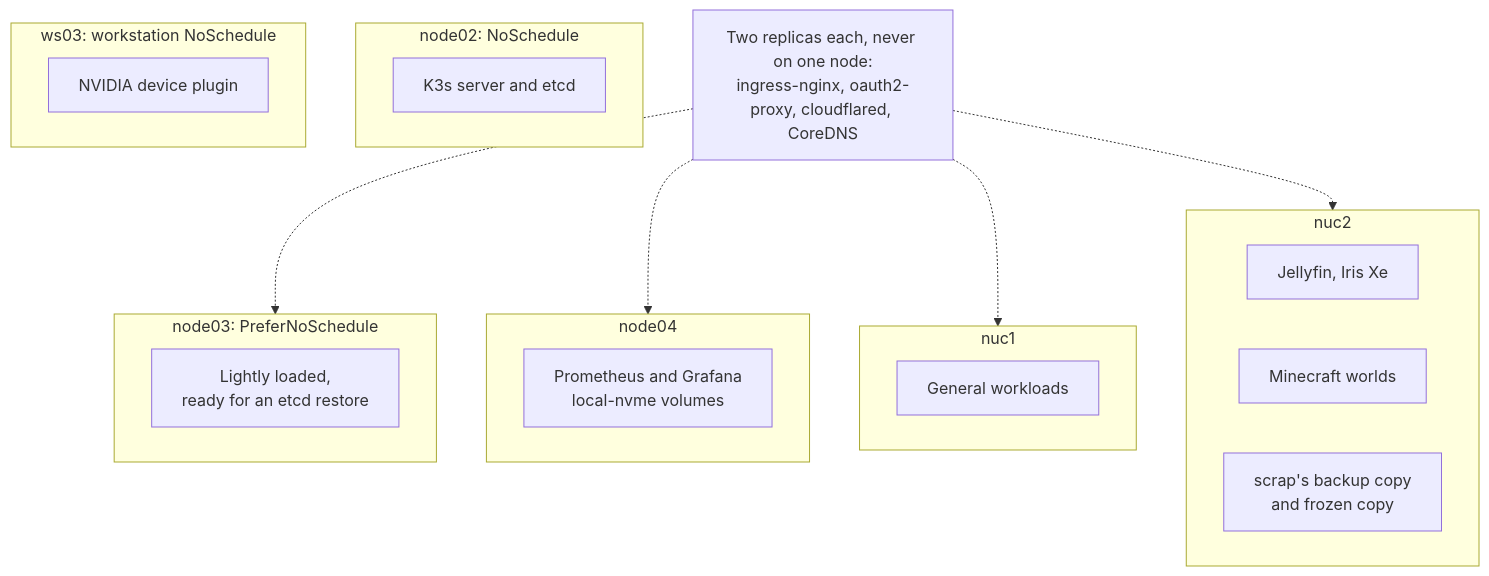
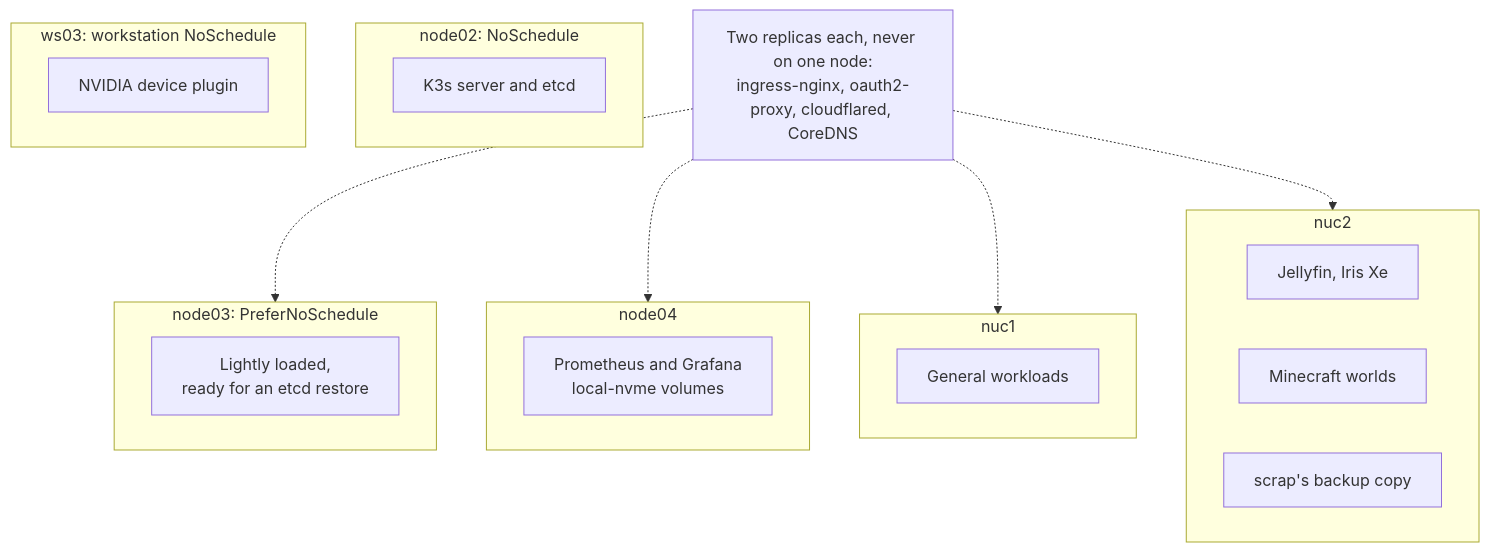
Before and after one commit to gilesknap/tpi-k3s-ansible: the second of 2 diagrams in docs/explanations/architecture/hardware.md, drawn with Mermaid. The commit also changed other lines of this file and 24 other files, not shown here.

First line of the commit message:
Retire scrap's frozen pre-Litestream copy

````diff
--- a/docs/explanations/architecture/hardware.md
+++ b/docs/explanations/architecture/hardware.md
@@ -144,26 +144,26 @@
 ```mermaid
 flowchart TB
     subgraph CP["node02: NoSchedule"]
         ETCD["K3s server and etcd"]
     end
     subgraph SB["node03: PreferNoSchedule"]
         SPARE["Lightly loaded,<br/>ready for an etcd restore"]
     end
     subgraph W4["node04"]
         MON["Prometheus and Grafana<br/>local-nvme volumes"]
     end
     subgraph W1["nuc1"]
         FREE["General workloads"]
     end
     subgraph W2["nuc2"]
         JF["Jellyfin, Iris Xe"]
         MC["Minecraft worlds"]
-        SC["scrap's backup copy<br/>and frozen copy"]
+        SC["scrap's backup copy"]
     end
     subgraph WS["ws03: workstation NoSchedule"]
         NV["NVIDIA device plugin"]
     end
 
     HA["Two replicas each, never on one node:<br/>ingress-nginx, oauth2-proxy, cloudflared, CoreDNS"]
     HA -.-> SB & W4 & W1 & W2
 ```
````
